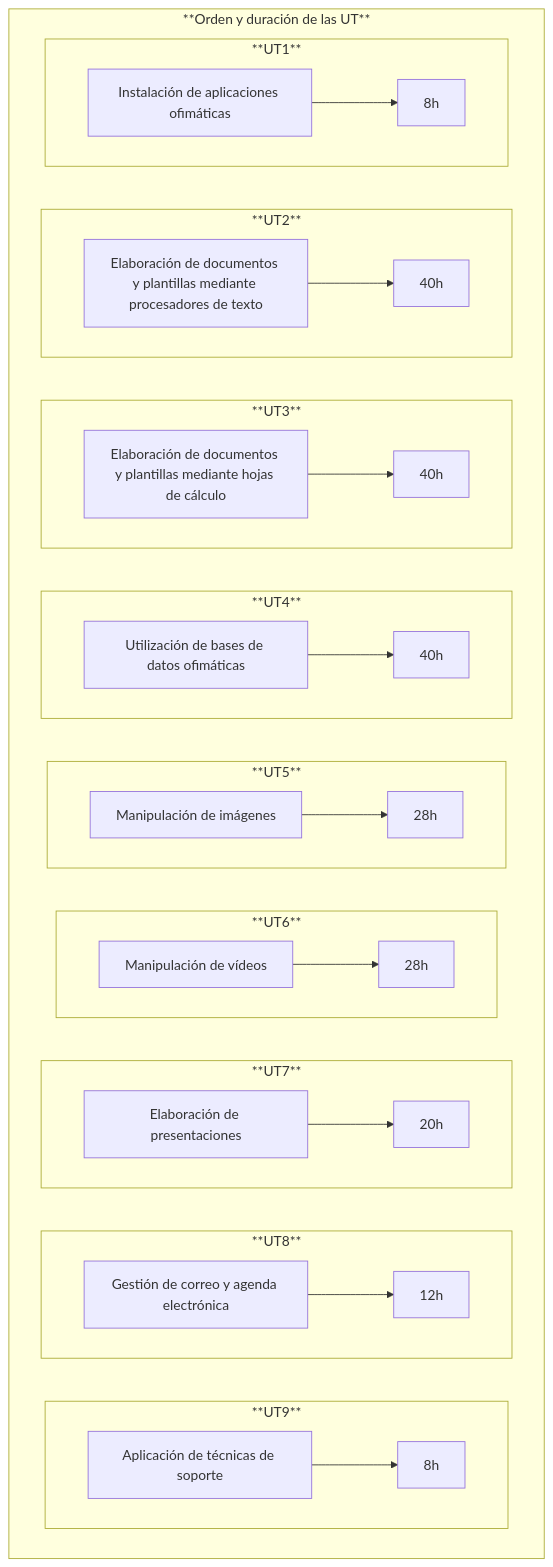
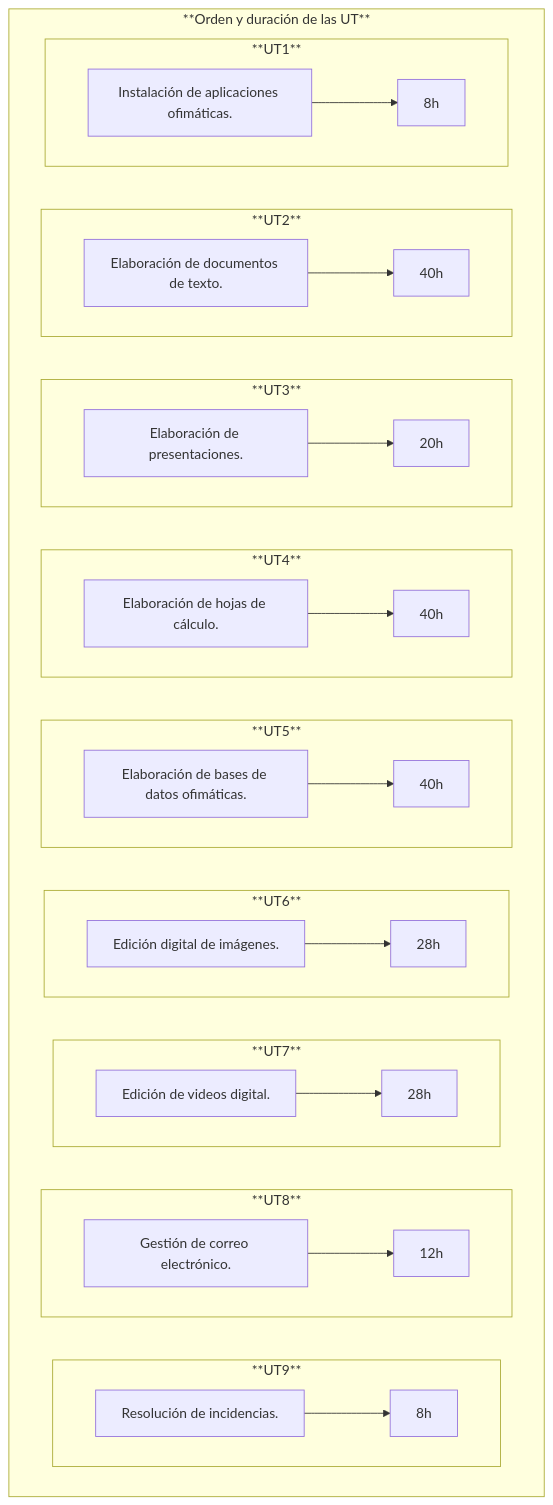
One commit to javieregeablasco/Apuntes changed the diagram in docs/SMX/SMX_1/AO/00_Temario.md. Above: the diagram before and after it, drawn with Mermaid. The commit also changed other lines of this file and 27 other files, not shown here.

````diff
--- a/docs/SMX/SMX_1/AO/00_Temario.md
+++ b/docs/SMX/SMX_1/AO/00_Temario.md
@@ -697,70 +360,71 @@
 ```mermaid
 flowchart TB 
-  A["Instalación de aplicaciones ofimáticas"]
-  B["Elaboración de documentos y plantillas mediante procesadores de texto"]
-  C["Elaboración de documentos y plantillas mediante hojas de cálculo"]
-  D["Utilización de bases de datos ofimáticas"]
-  E["Manipulación de imágenes"]
-  F["Manipulación de vídeos"]
-  G["Elaboración de presentaciones"]
-  H["Gestión de correo y agenda electrónica"]
-  I["Aplicación de técnicas de soporte"]
+  A["Instalación de aplicaciones ofimáticas."]
+  B["Elaboración de documentos de texto."]
+  C["Elaboración de presentaciones."]
+  D["Elaboración de hojas de cálculo."]
+  E["Elaboración de bases de datos ofimáticas."]
+  F["Edición digital de imágenes."]
+  G["Edición de videos digital."]
+  H["Gestión de correo electrónico."]
+  I["Resolución de incidencias."]
   AA["8h"]
   BB["40h"]
-  CC["40h"]
+  CC["20h"]
   DD["40h"]
-  EE["28h"]
+  EE["40h"]
   FF["28h"]
-  GG["20h"]
+  GG["28h"]
   HH["12h"]
   II["8h"]
+
 
   subgraph **Orden y duración de las UT**
 
     subgraph **UT9** 
       direction LR
       I --> II
     end
     
     subgraph **UT8**  
       direction LR
       H --> HH
     end
     
     subgraph **UT7**  
       direction LR
       G --> GG
     end
     
     subgraph **UT6**  
       direction LR
       F --> FF
     end
     
     subgraph **UT5**  
       direction LR
       E --> EE
     end
     
     subgraph **UT4**  
       direction LR
       D --> DD
     end
     
     subgraph **UT3**  
       direction LR
       C --> CC
     end
 
     subgraph **UT2** 
       direction LR
       B --> BB
     end  
 
     subgraph **UT1** 
       direction LR
-      A --> AA
+      A --> AA  
     end
 
   end
 ```
````
